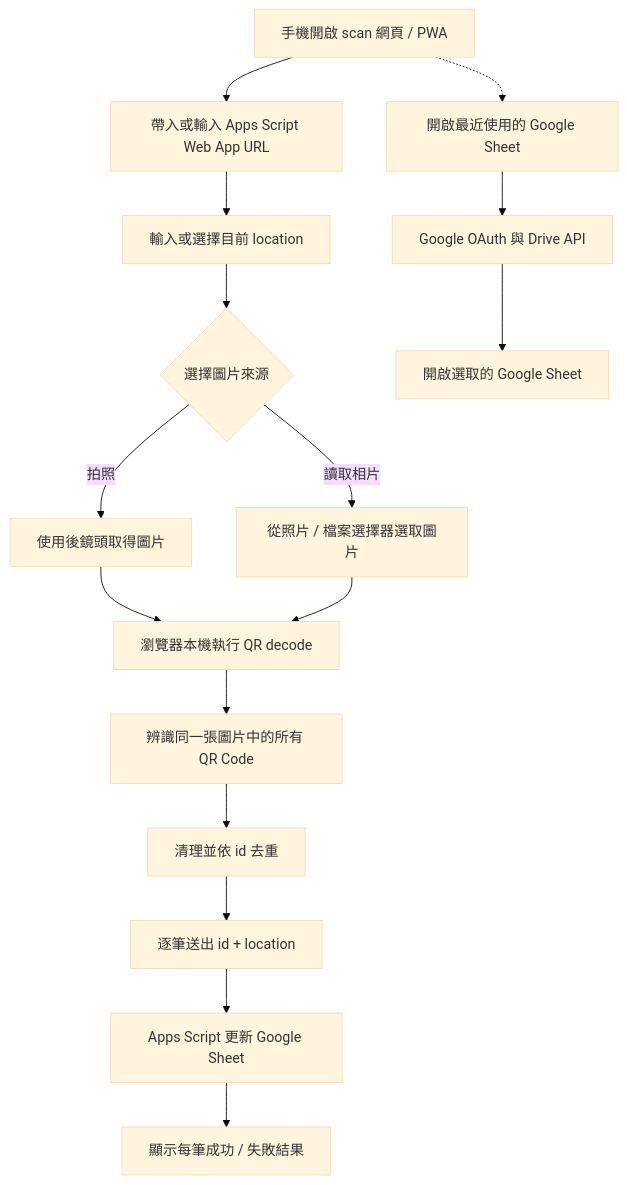
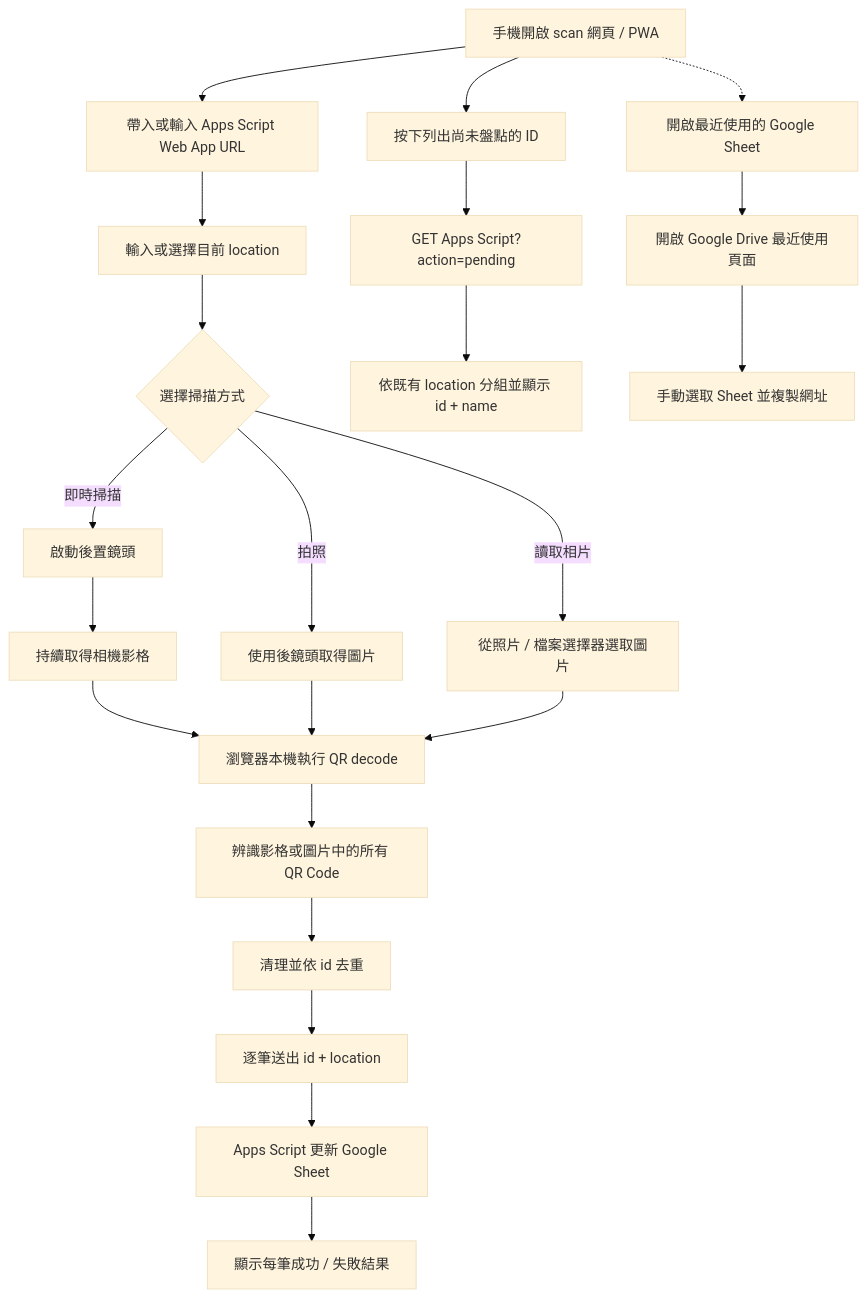
Before and after one commit to pulipulichen/Mobile-Inventory-Scanner: the diagram in scan/README.md, drawn with Mermaid (base theme). The commit also changed other lines of this file and 63 other files, not shown here.

````diff
--- a/scan/README.md
+++ b/scan/README.md
@@ -52,18 +57,24 @@
 ```mermaid
-flowchart TB
+flowchart TD
     A["手機開啟 scan 網頁 / PWA"] --> B["帶入或輸入 Apps Script Web App URL"]
     B --> C["輸入或選擇目前 location"]
-    C --> D{"選擇圖片來源"}
-    D -->|"拍照"| E["使用後鏡頭取得圖片"]
-    D -->|"讀取相片"| F["從照片 / 檔案選擇器選取圖片"]
-    E --> G["瀏覽器本機執行 QR decode"]
-    F --> G
-    G --> H["辨識同一張圖片中的所有 QR Code"]
-    H --> I["清理並依 id 去重"]
-    I --> J["逐筆送出 id + location"]
-    J --> K["Apps Script 更新 Google Sheet"]
-    K --> L["顯示每筆成功 / 失敗結果"]
-    A -.-> M["開啟最近使用的 Google Sheet"]
-    M --> N["Google OAuth 與 Drive API"]
-    N --> O["開啟選取的 Google Sheet"]
+    C --> D{"選擇掃描方式"}
+    D -->|"即時掃描"| E["啟動後置鏡頭"]
+    E --> F["持續取得相機影格"]
+    D -->|"拍照"| G["使用後鏡頭取得圖片"]
+    D -->|"讀取相片"| H["從照片 / 檔案選擇器選取圖片"]
+    F --> I["瀏覽器本機執行 QR decode"]
+    G --> I
+    H --> I
+    I --> J["辨識影格或圖片中的所有 QR Code"]
+    J --> K["清理並依 id 去重"]
+    K --> L["逐筆送出 id + location"]
+    L --> M["Apps Script 更新 Google Sheet"]
+    M --> N["顯示每筆成功 / 失敗結果"]
+    A --> O["按下列出尚未盤點的 ID"]
+    O --> P["GET Apps Script?action=pending"]
+    P --> R["依既有 location 分組並顯示 id + name"]
+    A -.-> S["開啟最近使用的 Google Sheet"]
+    S --> T["開啟 Google Drive 最近使用頁面"]
+    T --> U["手動選取 Sheet 並複製網址"]
 ```
````
